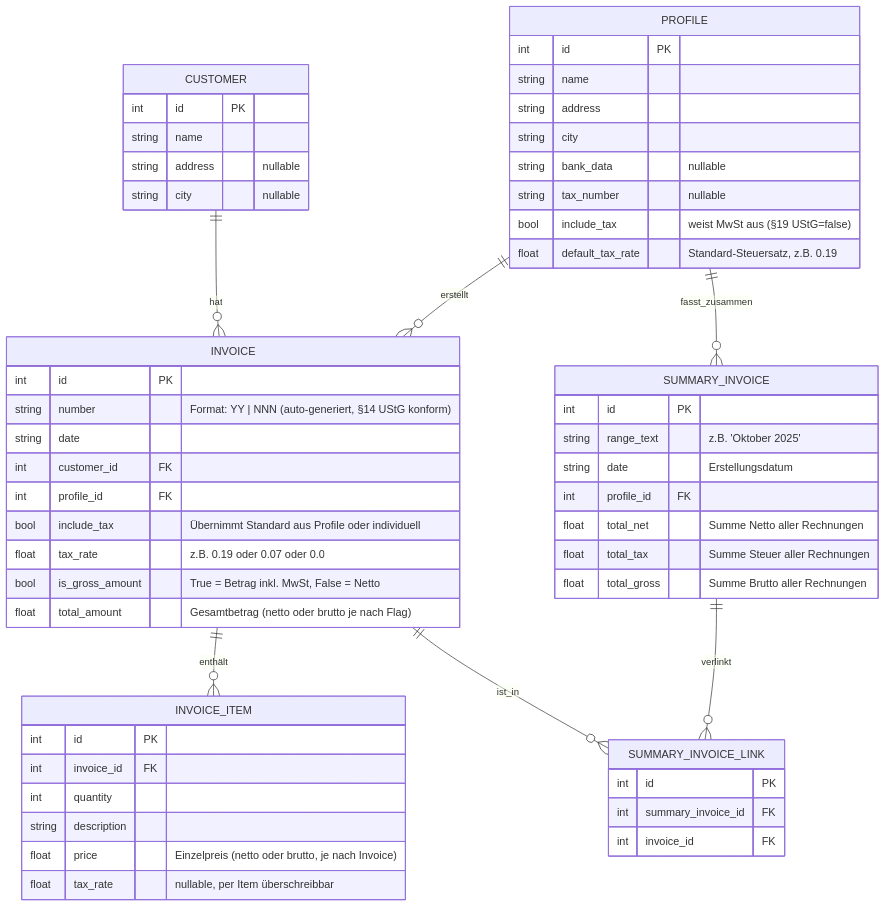
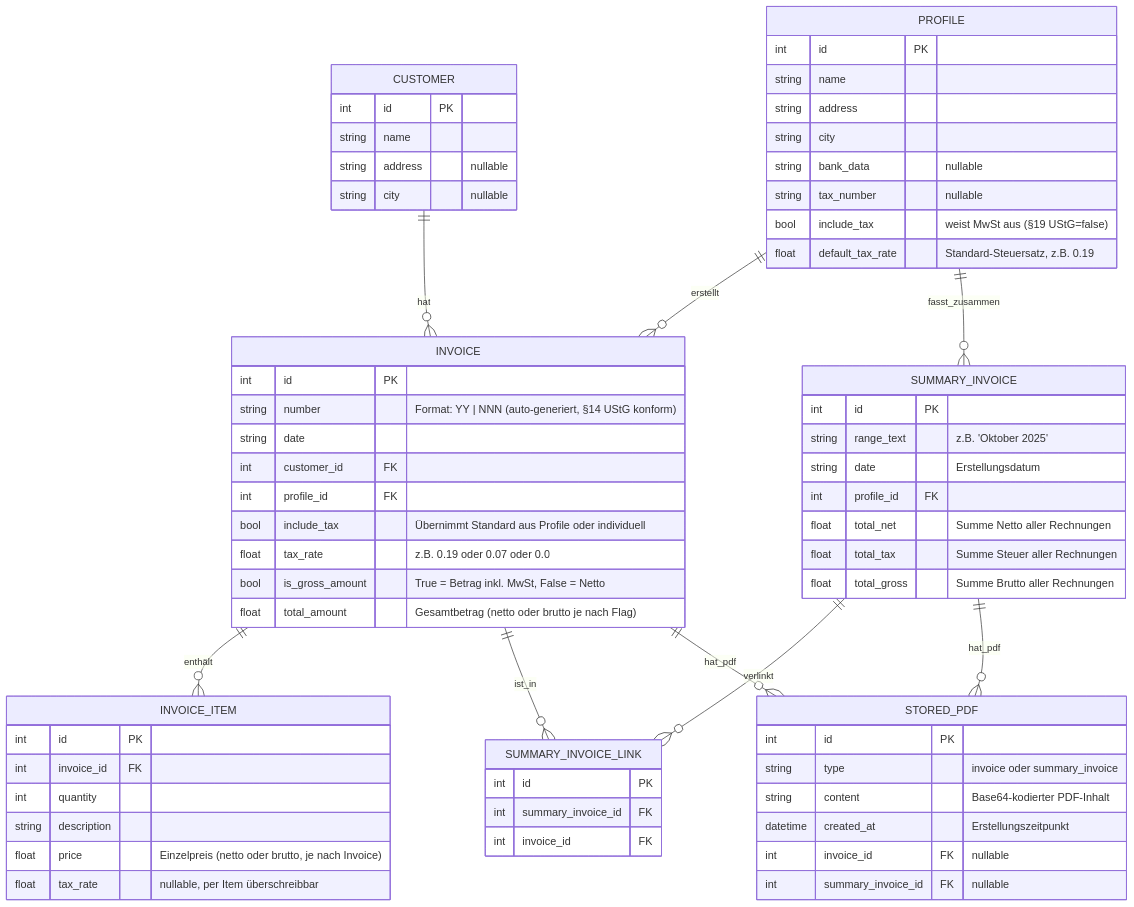
The diagram in README.md (wontknow/Billino), drawn with Mermaid before and after one commit. The commit also changed other lines of this file, not shown here.

````diff
--- a/README.md
+++ b/README.md
@@ -318,64 +345,75 @@
 ```mermaid
 erDiagram
     CUSTOMER ||--o{ INVOICE : "hat"
     PROFILE  ||--o{ INVOICE : "erstellt"
     INVOICE  ||--o{ INVOICE_ITEM : "enthält"
     PROFILE  ||--o{ SUMMARY_INVOICE : "fasst_zusammen"
     SUMMARY_INVOICE ||--o{ SUMMARY_INVOICE_LINK : "verlinkt"
     INVOICE ||--o{ SUMMARY_INVOICE_LINK : "ist_in"
+    INVOICE ||--o{ STORED_PDF : "hat_pdf"
+    SUMMARY_INVOICE ||--o{ STORED_PDF : "hat_pdf"
 
     CUSTOMER {
         int id PK
         string name
         string address "nullable"
         string city "nullable"
     }
 
     PROFILE {
         int id PK
         string name
         string address
         string city
         string bank_data "nullable"
         string tax_number "nullable"
         bool include_tax "weist MwSt aus (§19 UStG=false)"
         float default_tax_rate "Standard-Steuersatz, z.B. 0.19"
     }
 
     INVOICE {
         int id PK
         string number "Format: YY | NNN (auto-generiert, §14 UStG konform)"
         string date
         int customer_id FK
         int profile_id FK
         bool include_tax "Übernimmt Standard aus Profile oder individuell"
         float tax_rate "z.B. 0.19 oder 0.07 oder 0.0"
         bool is_gross_amount "True = Betrag inkl. MwSt, False = Netto"
         float total_amount "Gesamtbetrag (netto oder brutto je nach Flag)"
     }
 
     INVOICE_ITEM {
         int id PK
         int invoice_id FK
         int quantity
         string description
         float price "Einzelpreis (netto oder brutto, je nach Invoice)"
         float tax_rate "nullable, per Item überschreibbar"
     }
 
     SUMMARY_INVOICE {
         int id PK
         string range_text "z.B. 'Oktober 2025'"
         string date "Erstellungsdatum"
         int profile_id FK
         float total_net "Summe Netto aller Rechnungen"
         float total_tax "Summe Steuer aller Rechnungen"
         float total_gross "Summe Brutto aller Rechnungen"
     }
 
     SUMMARY_INVOICE_LINK {
         int id PK
         int summary_invoice_id FK
         int invoice_id FK
     }
+
+    STORED_PDF {
+        int id PK
+        string type "invoice oder summary_invoice"
+        string content "Base64-kodierter PDF-Inhalt"
+        datetime created_at "Erstellungszeitpunkt"
+        int invoice_id FK "nullable"
+        int summary_invoice_id FK "nullable"
+    }
 ```
````
